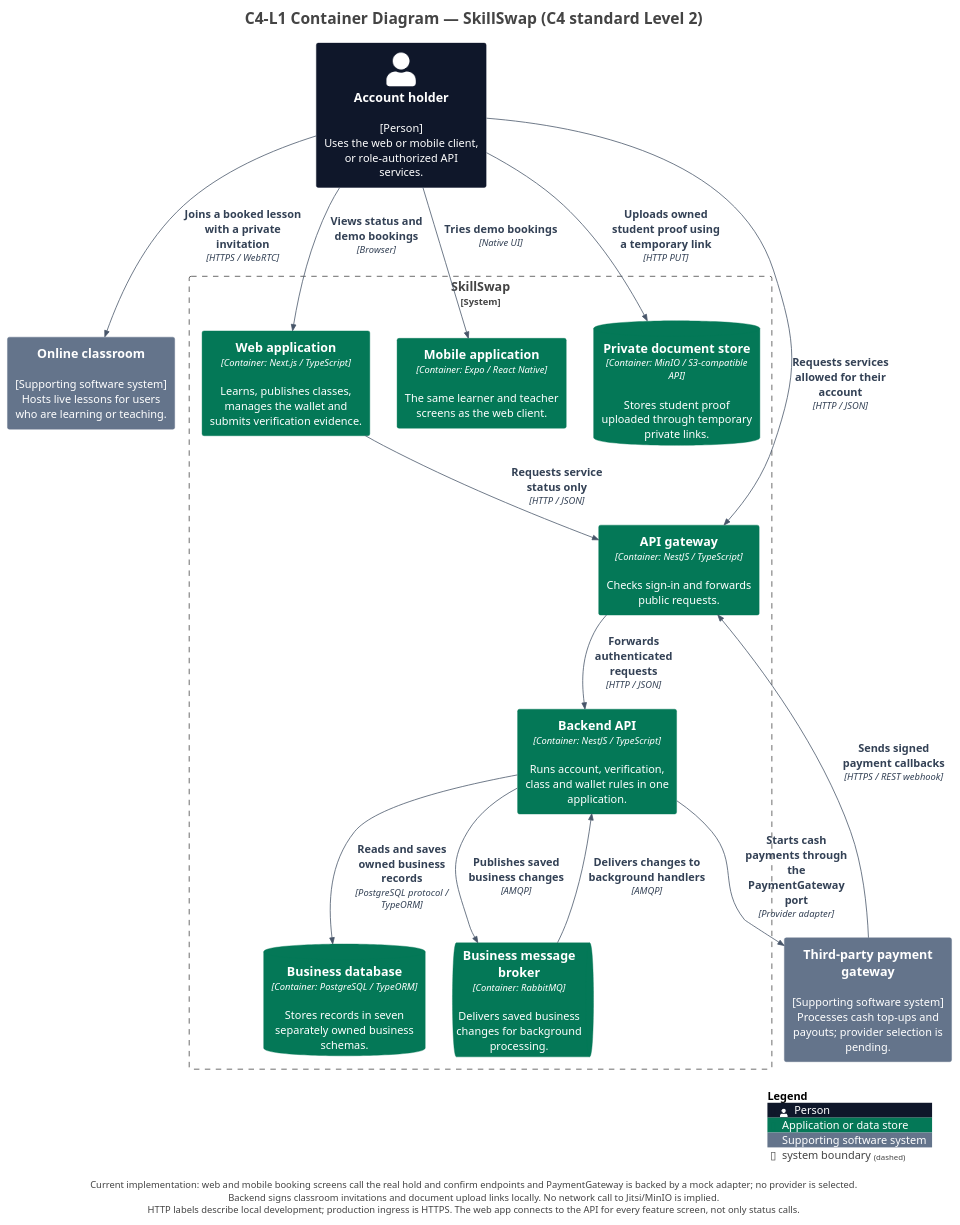
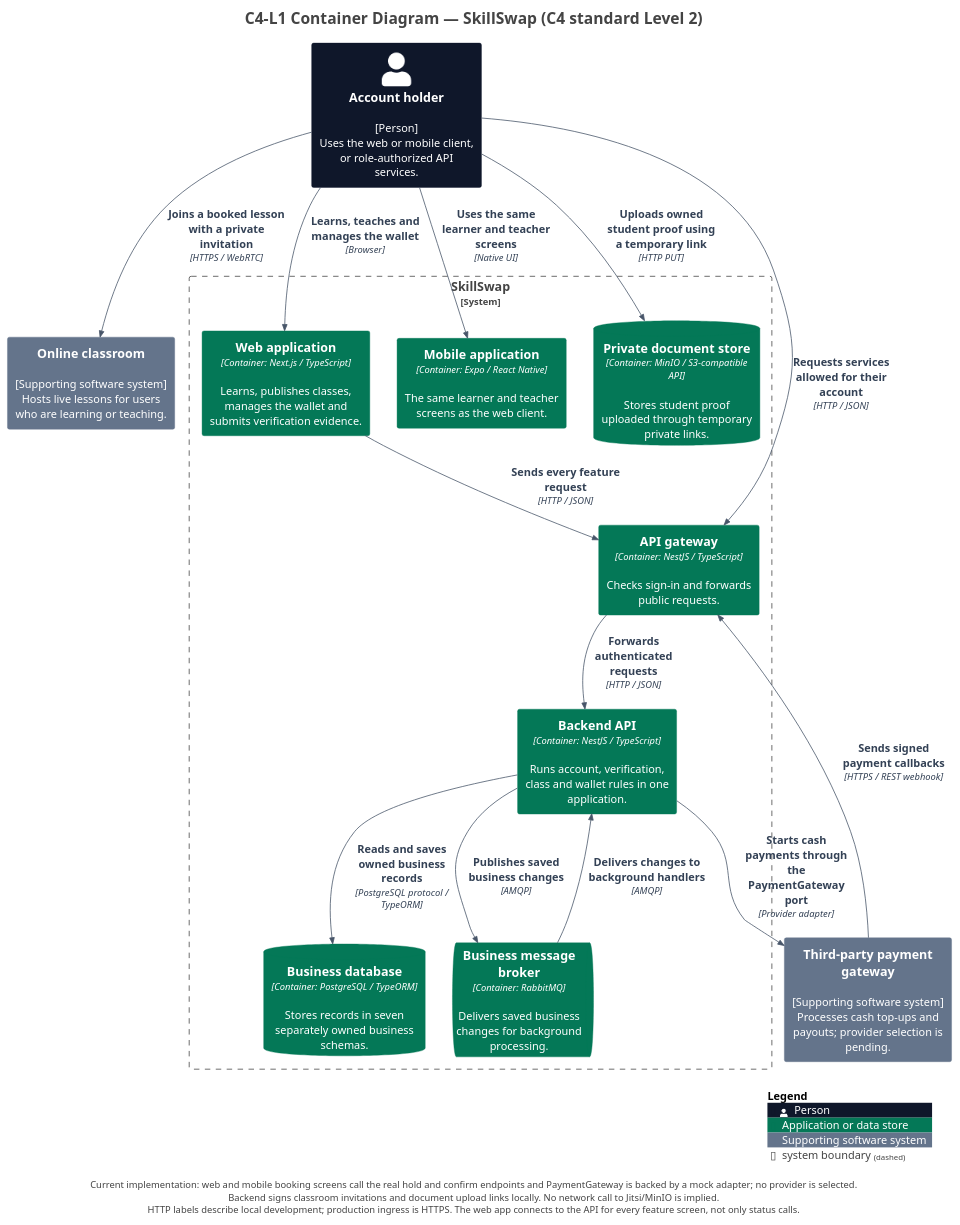
One commit to trankien022/SkillSwap changed the diagram in docs/diagrams/c4/source/structurizr-Containers.puml. Above: the diagram before and after it, drawn with PlantUML. The commit also changed 28 other files, not shown here.

```diff
--- a/docs/diagrams/c4/source/structurizr-Containers.puml
+++ b/docs/diagrams/c4/source/structurizr-Containers.puml
@@ -1,67 +1,66 @@
 @startuml
 title C4-L1 Container Diagram — SkillSwap (C4 standard Level 2)
 
 set separator none
 top to bottom direction
 
 <style>
   root {
     BackgroundColor: #ffffff
     FontColor: #444444
   }
 </style>
 
 !include <C4/C4>
 !include <C4/C4_Context>
 !include <C4/C4_Container>
 
 ' Presentation only: model elements and relationships come from workspace.dsl.
 skinparam defaultFontName Arial
 skinparam defaultFontSize 14
 skinparam shadowing false
 skinparam nodesep 35
 skinparam ranksep 45
 skinparam footerFontSize 12
 skinparam titleFontSize 20
 UpdateElementStyle("person", $bgColor="#0F172A", $fontColor="#FFFFFF", $borderColor="#0F172A", $legendText="Person")
 UpdateElementStyle("system", $bgColor="#047857", $fontColor="#FFFFFF", $borderColor="#047857", $legendText="Software system in scope")
 UpdateElementStyle("external_system", $bgColor="#64748B", $fontColor="#FFFFFF", $borderColor="#64748B", $legendText="Supporting software system")
 UpdateElementStyle("container", $bgColor="#047857", $fontColor="#FFFFFF", $borderColor="#047857", $legendText="Application or data store")
 UpdateRelStyle($lineColor="#475569", $textColor="#334155")
-AddElementTag("Demo", $bgColor="#F1F5F9", $fontColor="#0F172A", $borderColor="#64748B", $legendText="Demonstration client (local booking data)")
 
 Person(AccountHolder, "Account holder", $descr="[Person]\nUses the web or mobile client, or role-authorized API services.", $tags="", $link="")
 System_Ext(Onlineclassroom, "Online classroom", $descr="[Supporting software system]\nHosts live lessons for users who are learning or teaching.", $tags="", $link="")
 System_Ext(Paymentgateway, "Third-party payment gateway", $descr="[Supporting software system]\nProcesses cash top-ups and payouts; provider selection is pending.", $tags="", $link="")
 
 System_Boundary("SkillSwap_boundary", "SkillSwap", $tags="") {
   Container(SkillSwap.APIgateway, "API gateway", $techn="Container: NestJS / TypeScript", $descr="Checks sign-in and forwards public requests.", $tags="", $link="")
   Container(SkillSwap.BackendAPI, "Backend API", $techn="Container: NestJS / TypeScript", $descr="Runs account, verification, class and wallet rules in one application.", $tags="", $link="")
   ContainerDb(SkillSwap.Businessdatabase, "Business database", $techn="Container: PostgreSQL / TypeORM", $descr="Stores records in seven separately owned business schemas.", $tags="", $link="")
   ContainerQueue(SkillSwap.Businessmessagebroker, "Business message broker", $techn="Container: RabbitMQ", $descr="Delivers saved business changes for background processing.", $tags="", $link="")
   ContainerDb(SkillSwap.Privatedocumentstore, "Private document store", $techn="Container: MinIO / S3-compatible API", $descr="Stores student proof uploaded through temporary private links.", $tags="", $link="")
   Container(SkillSwap.Webapplication, "Web application", $techn="Container: Next.js / TypeScript", $descr="Learns, publishes classes, manages the wallet and submits verification evidence.", $tags="", $link="")
   Container(SkillSwap.Mobileapplication, "Mobile application", $techn="Container: Expo / React Native", $descr="The same learner and teacher screens as the web client.", $tags="", $link="")
 }
 
-Rel(AccountHolder, SkillSwap.Webapplication, "Views status and demo bookings", $techn="Browser", $tags="", $link="")
-Rel(AccountHolder, SkillSwap.Mobileapplication, "Tries demo bookings", $techn="Native UI", $tags="", $link="")
+Rel(AccountHolder, SkillSwap.Webapplication, "Learns, teaches and manages the wallet", $techn="Browser", $tags="", $link="")
+Rel(AccountHolder, SkillSwap.Mobileapplication, "Uses the same learner and teacher screens", $techn="Native UI", $tags="", $link="")
 Rel(AccountHolder, SkillSwap.APIgateway, "Requests services allowed for their account", $techn="HTTP / JSON", $tags="", $link="")
 Rel(AccountHolder, SkillSwap.Privatedocumentstore, "Uploads owned student proof using a temporary link", $techn="HTTP PUT", $tags="", $link="")
 Rel(AccountHolder, Onlineclassroom, "Joins a booked lesson with a private invitation", $techn="HTTPS / WebRTC", $tags="", $link="")
-Rel(SkillSwap.Webapplication, SkillSwap.APIgateway, "Requests service status only", $techn="HTTP / JSON", $tags="", $link="")
+Rel(SkillSwap.Webapplication, SkillSwap.APIgateway, "Sends every feature request", $techn="HTTP / JSON", $tags="", $link="")
 Rel(SkillSwap.APIgateway, SkillSwap.BackendAPI, "Forwards authenticated requests", $techn="HTTP / JSON", $tags="", $link="")
 Rel(SkillSwap.BackendAPI, SkillSwap.Businessdatabase, "Reads and saves owned business records", $techn="PostgreSQL protocol / TypeORM", $tags="", $link="")
 Rel(SkillSwap.BackendAPI, SkillSwap.Businessmessagebroker, "Publishes saved business changes", $techn="AMQP", $tags="", $link="")
 Rel(SkillSwap.Businessmessagebroker, SkillSwap.BackendAPI, "Delivers changes to background handlers", $techn="AMQP", $tags="", $link="")
 Rel(SkillSwap.BackendAPI, Paymentgateway, "Starts cash payments through the PaymentGateway port", $techn="Provider adapter", $tags="", $link="")
 Rel(Paymentgateway, SkillSwap.APIgateway, "Sends signed payment callbacks", $techn="HTTPS / REST webhook", $tags="", $link="")
 
 Lay_R(AccountHolder, Onlineclassroom)
 Lay_R(SkillSwap.Webapplication, SkillSwap.Mobileapplication)
 Lay_D(SkillSwap.APIgateway, SkillSwap.BackendAPI)
 Lay_R(SkillSwap.Businessdatabase, SkillSwap.Businessmessagebroker)
 Lay_R(SkillSwap.Privatedocumentstore, Onlineclassroom)
 SHOW_LEGEND()
 footer Current implementation: web and mobile booking screens call the real hold and confirm endpoints and PaymentGateway is backed by a mock adapter; no provider is selected.\nBackend signs classroom invitations and document upload links locally. No network call to Jitsi/MinIO is implied.\nHTTP labels describe local development; production ingress is HTTPS. The web app connects to the API for every feature screen, not only status calls.
 @enduml
```
